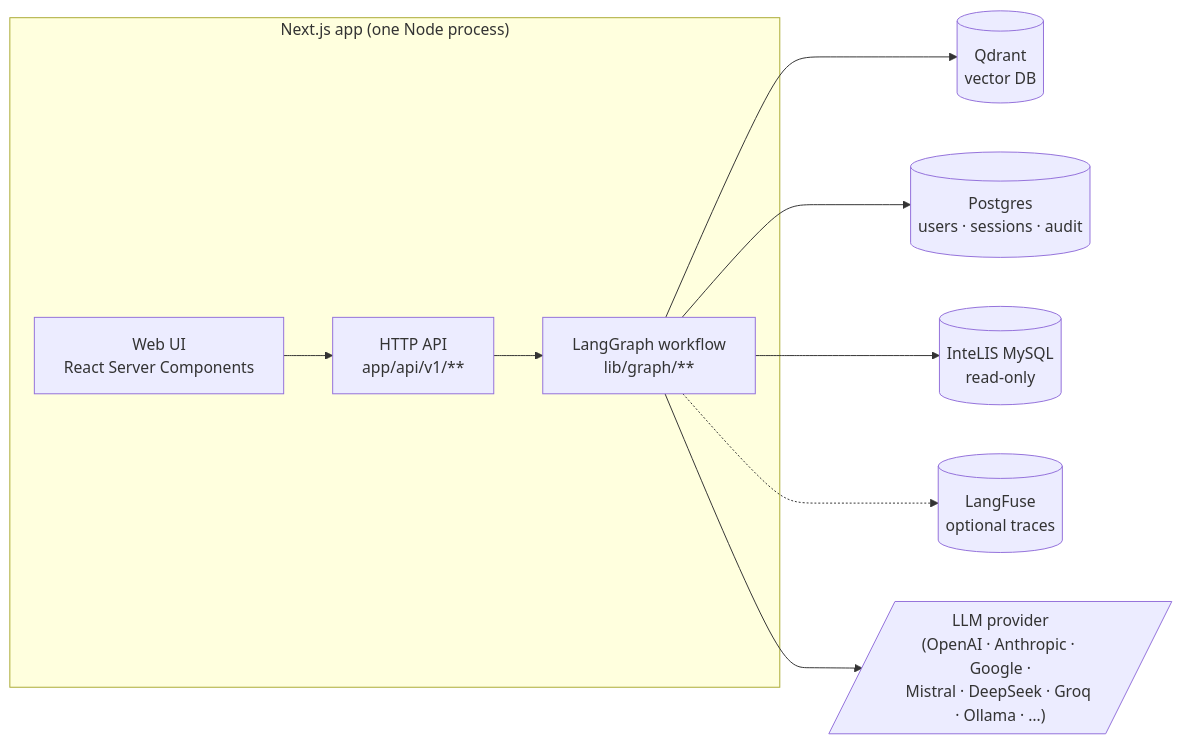
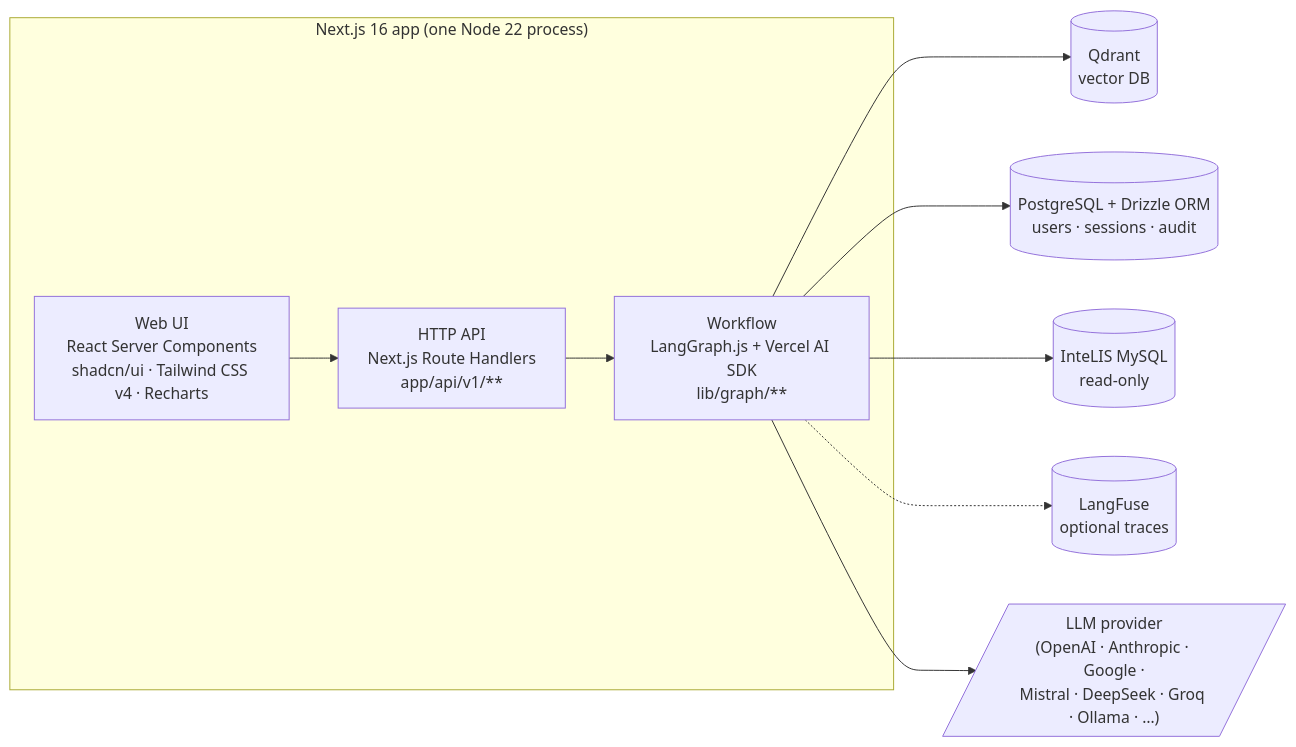
The first of 4 diagrams in docs/architecture.md (deforay/intelis-insights), drawn with Mermaid before and after one commit. The commit also changed other lines of this file, not shown here.

Commit message:
docs(architecture): surface stack brand names + de-risk framing

````diff
--- a/docs/architecture.md
+++ b/docs/architecture.md
@@ -9,22 +9,22 @@
 ```mermaid
 flowchart LR
-  subgraph App["Next.js app (one Node process)"]
-    UI["Web UI<br/>React Server Components"]
-    API["HTTP API<br/>app/api/v1/**"]
-    Graph["LangGraph workflow<br/>lib/graph/**"]
+  subgraph App["Next.js 16 app (one Node 22 process)"]
+    UI["Web UI<br/>React Server Components<br/>shadcn/ui · Tailwind CSS v4 · Recharts"]
+    API["HTTP API<br/>Next.js Route Handlers<br/>app/api/v1/**"]
+    Graph["Workflow<br/>LangGraph.js + Vercel AI SDK<br/>lib/graph/**"]
     UI --> API
     API --> Graph
   end
 
   Qdrant[("Qdrant<br/>vector DB")]
-  Postgres[("Postgres<br/>users · sessions · audit")]
+  Postgres[("PostgreSQL + Drizzle ORM<br/>users · sessions · audit")]
   MySQL[("InteLIS MySQL<br/>read-only")]
   LF[("LangFuse<br/>optional traces")]
   Provider[/"LLM provider<br/>(OpenAI · Anthropic · Google ·<br/>Mistral · DeepSeek · Groq · Ollama · …)"/]
 
   Graph --> Qdrant
   Graph --> Postgres
   Graph --> MySQL
   Graph -.-> LF
   Graph --> Provider
 ```
````
